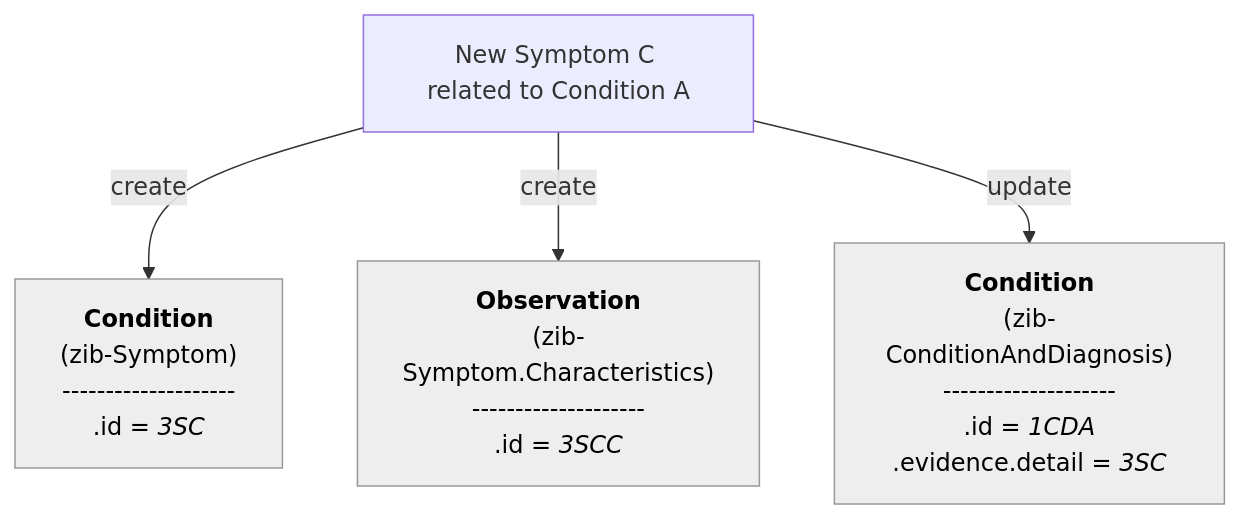
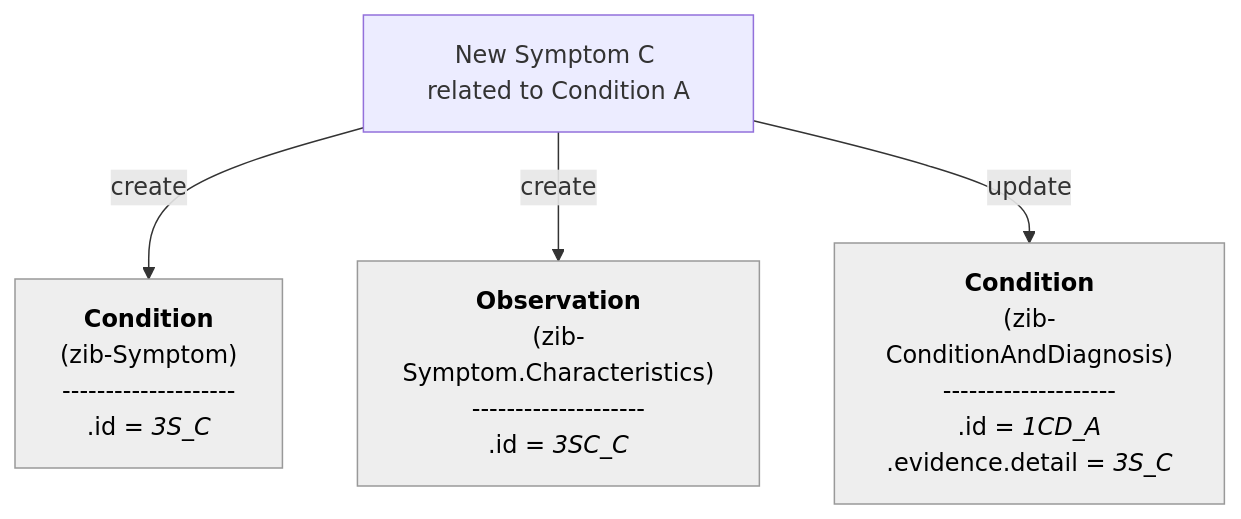
The fifth of 16 diagrams in documentation/Condition-Diagnosis-Symptom.md (Nictiz/Nictiz-R4-zib2024), drawn with Mermaid before and after one commit. The commit also changed other lines of this file, not shown here.

````diff
--- a/documentation/Condition-Diagnosis-Symptom.md
+++ b/documentation/Condition-Diagnosis-Symptom.md
@@ -192,33 +193,33 @@
 ```mermaid
 flowchart TB
 
 NewSymptom_C["`New Symptom C related to Condition A`"]
 
     S_C["`**Condition**
         (zib-Symptom)
         --------------------
-        .id = _3SC_`"]
+        .id = _3S_C_`"]
     SC_C["`
         **Observation**
         (zib-Symptom.Characteristics)
         --------------------
-        .id = _3SCC_
+        .id = _3SC_C_
         `"]    
     CD_A["`
         **Condition**
         (zib-ConditionAndDiagnosis)
         --------------------
-        .id = _1CDA_
-        .evidence.detail = _3SC_
+        .id = _1CD_A_
+        .evidence.detail = _3S_C_
         `"] 
     
     S_C:::Ash
     SC_C:::Ash
     CD_A:::Ash
     classDef Ash stroke-width:1px, stroke-dasharray:none, stroke:#999999, fill:#EEEEEE, color:#000000
 
 
 NewSymptom_C -- create --> S_C
 NewSymptom_C -- create --> SC_C
 NewSymptom_C -- update --> CD_A
 ```
````
